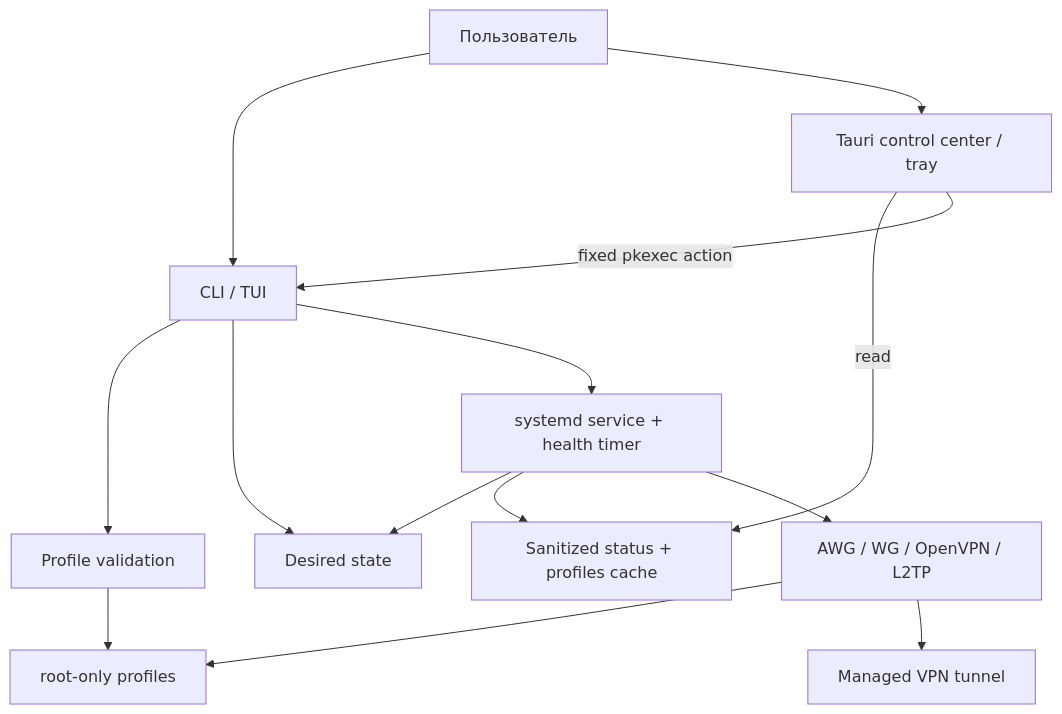
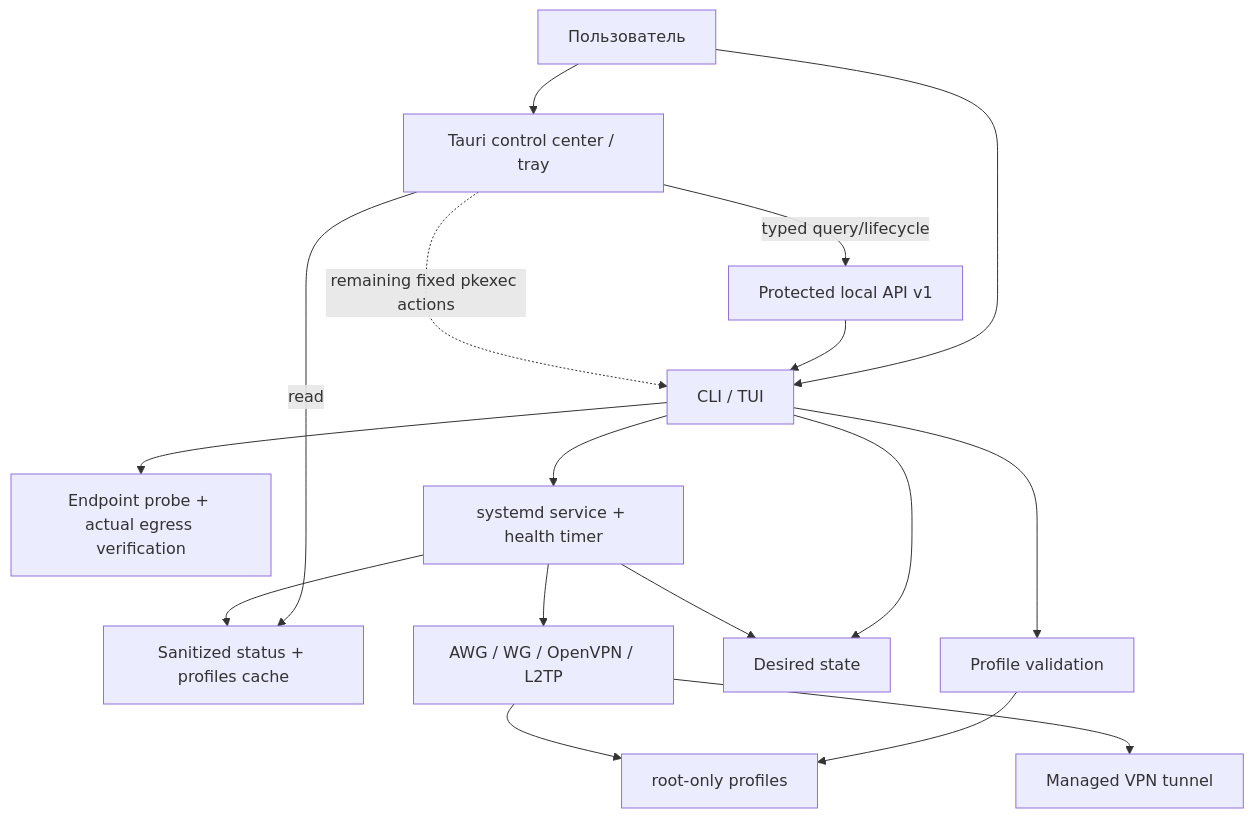
One commit to mazurovn/mazzy-vpn changed the first of 3 diagrams in wiki/Architecture.md. Above: the diagram before and after it, drawn with Mermaid. The commit also changed other lines of this file and 75 other files, not shown here.

````diff
--- a/wiki/Architecture.md
+++ b/wiki/Architecture.md
@@ -10,27 +10,32 @@
 ```mermaid
 flowchart TB
     User["Пользователь"]
     TUI["CLI / TUI"]
     Desktop["Tauri control center / tray"]
+    API["Protected local API v1"]
     Cache["Sanitized status + profiles cache"]
+    Verify["Endpoint probe + actual egress verification"]
     Validate["Profile validation"]
     State["Desired state"]
     Systemd["systemd service + health timer"]
     Engines["AWG / WG / OpenVPN / L2TP"]
     Profiles["root-only profiles"]
     Tunnel["Managed VPN tunnel"]
 
     User --> TUI
     User --> Desktop
     Desktop -->|read| Cache
-    Desktop -->|fixed pkexec action| TUI
+    Desktop -->|typed query/lifecycle| API
+    API --> TUI
+    Desktop -. remaining fixed pkexec actions .-> TUI
+    TUI --> Verify
     TUI --> Validate
     Validate --> Profiles
     TUI --> State
     TUI --> Systemd
     Systemd --> State
     Systemd --> Cache
     Systemd --> Engines
     Engines --> Profiles
     Engines --> Tunnel
 ```
````
